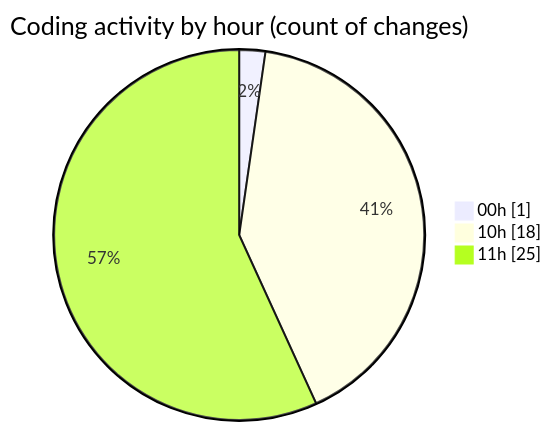
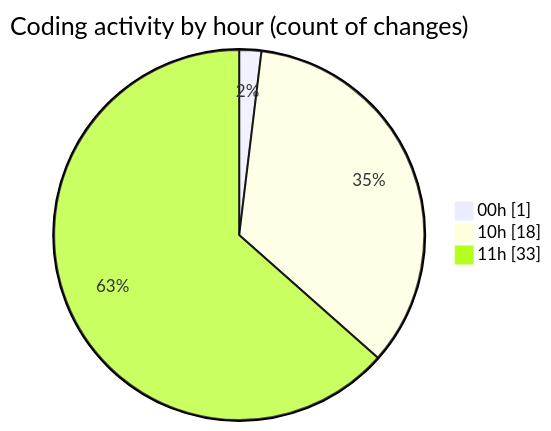
The second of 2 diagrams in 2025-07-08/urlwebwala_intership_work/README.md (Ritupan-Deka/code-tracking), drawn with Mermaid before and after one commit. The commit also changed other lines of this file and 1 other file, not shown here.

````diff
--- a/2025-07-08/urlwebwala_intership_work/README.md
+++ b/2025-07-08/urlwebwala_intership_work/README.md
@@ -30,7 +30,7 @@
 ```mermaid
 pie showData
 title Coding activity by hour (count of changes)
 "00h" : 1
 "10h" : 18
-"11h" : 25
+"11h" : 33
 ```
````
